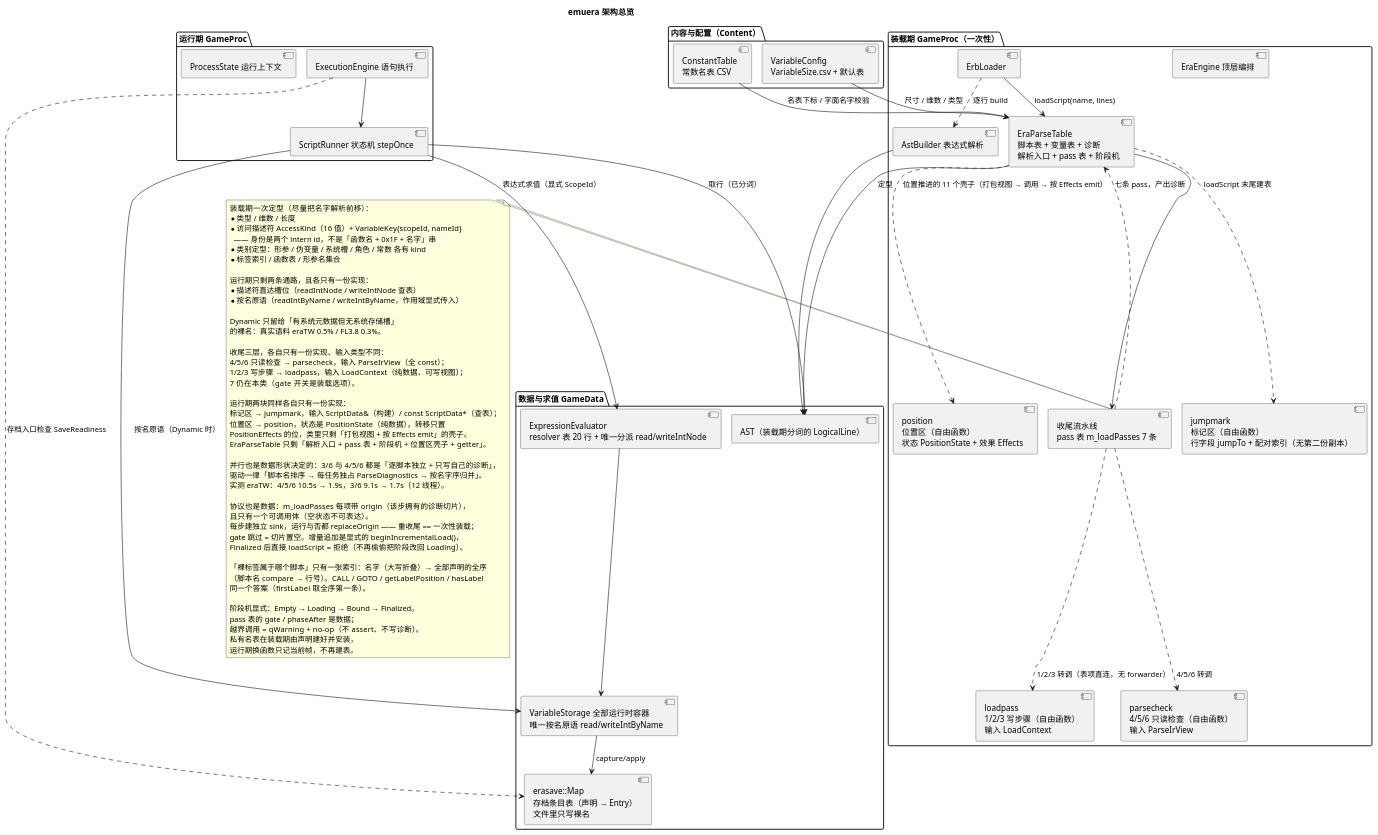
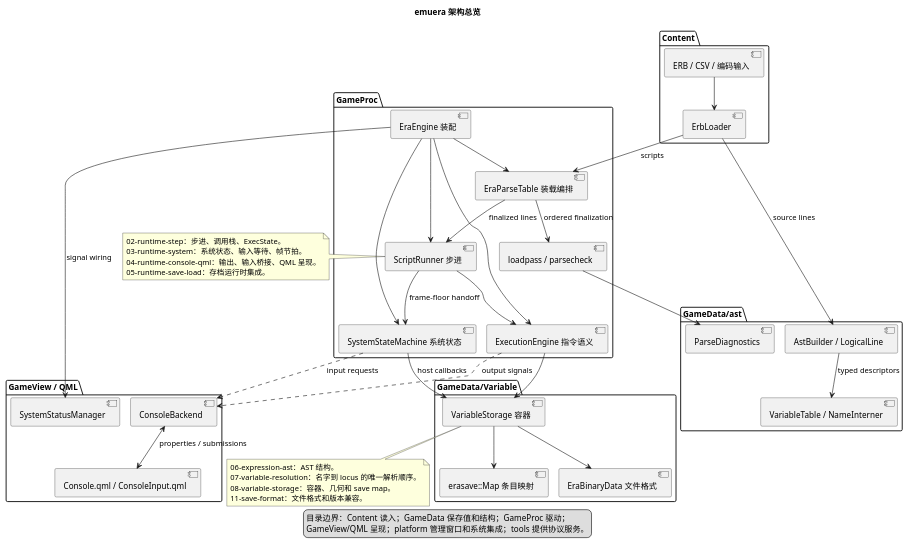
Before and after one commit to yigekuyou/qt-eraemu: the diagram in docs/uml/00-overview.puml, drawn with PlantUML. The commit also changed 25 other files, not shown here.

Commit message:
runtime: wire line state and split UML

```diff
--- a/docs/uml/00-overview.puml
+++ b/docs/uml/00-overview.puml
@@ -1,104 +1,78 @@
 @startuml 00-overview
-' 无 graphviz(dot) 时用 PlantUML 内置 smetana 布局引擎（有 dot 可删掉这两行）
 !pragma layout smetana
-' emuera —— 架构总览：装载期一次定型，运行期只做存取
-' 渲染：plantuml -tpng docs/uml/00-overview.puml
+' 只描述模块边界和依赖方向；每个运行期责任有自己的图。
 title emuera 架构总览
 
-package "装载期 GameProc（一次性）" {
-  [EraEngine 顶层编排] as Engine
+package "Content" {
+  [ERB / CSV / 编码输入] as ContentInput
   [ErbLoader] as Loader
-  [AstBuilder 表达式解析] as Builder
-  [EraParseTable\n脚本表 + 变量表 + 诊断\n解析入口 + pass 表 + 阶段机] as Table
-  [收尾流水线\npass 表 m_loadPasses 7 条] as Finish
-  [parsecheck\n4/5/6 只读检查（自由函数）\n输入 ParseIrView] as Checks
-  [loadpass\n1/2/3 写步骤（自由函数）\n输入 LoadContext] as Writes
-  [jumpmark\n标记区（自由函数）\n行字段 jumpTo + 配对索引（无第二份副本）] as Mark
-  [position\n位置区（自由函数）\n状态 PositionState + 效果 Effects] as Pos
 }
 
-package "内容与配置（Content）" {
-  [ConstantTable\n常数名表 CSV] as Consts
-  [VariableConfig\nVariableSize.csv + 默认表] as Config
+package "GameData/ast" {
+  [AstBuilder / LogicalLine] as AST
+  [ParseDiagnostics] as Diagnostics
+  [VariableTable / NameInterner] as Declarations
 }
 
-package "运行期 GameProc" {
-  [ExecutionEngine 语句执行] as Exec
-  [ScriptRunner 状态机 stepOnce] as Runner
-  [ProcessState 运行上下文] as State
+package "GameProc" {
+  [EraEngine 装配] as Engine
+  [EraParseTable 装载编排] as Table
+  [loadpass / parsecheck] as Passes
+  [ScriptRunner 步进] as Runner
+  [SystemStateMachine 系统状态] as System
+  [ExecutionEngine 指令语义] as Execution
 }
 
-package "数据与求值 GameData" {
-  [AST（装载期分词的 LogicalLine）] as AST
-  [VariableStorage 全部运行时容器\n唯一按名原语 read/writeIntByName] as Storage
-  [ExpressionEvaluator\nresolver 表 20 行 + 唯一分派 read/writeIntNode] as Eval
-  [erasave::Map\n存档条目表（声明 → Entry）\n文件里只写裸名] as Save
+package "GameData/Variable" {
+  [VariableStorage 容器] as Storage
+  [erasave::Map 条目映射] as SaveMap
+  [EraBinaryData 文件格式] as Binary
 }
 
-Loader ..> Builder : 逐行 build
-Loader --> Table : loadScript(name, lines)
-Builder --> AST
-Finish ..> Table : 七条 pass，产出诊断
-Table --> Finish
-Finish ..> Checks : 4/5/6 转调
-Finish ..> Writes : 1/2/3 转调（表项直连，无 forwarder）
-Table ..> Mark : loadScript 末尾建表
-Table ..> Pos : 位置推进的 11 个壳子（打包视图 → 调用 → 按 Effects emit）
-Consts --> Table : 名表下标 / 字面名字校验
-Config --> Table : 尺寸 / 维数 / 类型
-Exec --> Runner
-Runner --> AST : 取行（已分词）
-Runner --> Storage : 按名原语（Dynamic 时）
-Runner --> Eval : 表达式求值（显式 ScopeId）
-Eval --> Storage
-Storage --> Save : capture/apply
-Exec ..> Save : 存档入口检查 SaveReadiness
-Table --> AST : 定型
+package "GameView / QML" {
+  [ConsoleBackend] as Console
+  [SystemStatusManager] as Status
+  [Console.qml / ConsoleInput.qml] as Qml
+}
 
-note right of Finish
-  装载期一次定型（尽量把名字解析前移）：
-  * 类型 / 维数 / 长度
-  * 访问描述符 AccessKind（16 值）+ VariableKey{scopeId, nameId}
-    —— 身份是两个 intern id，不是「函数名 + 0x1F + 名字」串
-  * 类别定型：形参 / 伪变量 / 系统槽 / 角色 / 常数 各有 kind
-  * 标签索引 / 函数表 / 形参名集合
+ContentInput --> Loader
+Loader --> AST : source lines
+Loader --> Table : scripts
+AST --> Declarations : typed descriptors
+Table --> Passes : ordered finalization
+Passes --> Diagnostics
+Table --> Runner : finalized lines
+Engine --> Table
+Engine --> Execution
+Engine --> Runner
+Engine --> System
+Runner --> Execution
+Runner --> System : frame-floor handoff
+Execution --> Storage
+System --> Storage : host callbacks
+Storage --> SaveMap
+Storage --> Binary
+Execution ..> Console : output signals
+System ..> Console : input requests
+Console <--> Qml : properties / submissions
+Engine --> Status : signal wiring
 
-  运行期只剩两条通路，且各只有一份实现：
-  * 描述符直达槽位（readIntNode / writeIntNode 查表）
-  * 按名原语（readIntByName / writeIntByName，作用域显式传入）
+note right of Runner
+  02-runtime-step：步进、调用栈、ExecState。
+  03-runtime-system：系统状态、输入等待、帧节拍。
+  04-runtime-console-qml：输出、输入桥接、QML 呈现。
+  05-runtime-save-load：存档运行时集成。
+end note
 
-  Dynamic 只留给「有系统元数据但无系统存储槽」
-  的裸名：真实语料 eraTW 0.5% / FL3.8 0.3%。
+note bottom of Storage
+  06-expression-ast：AST 结构。
+  07-variable-resolution：名字到 locus 的唯一解析顺序。
+  08-variable-storage：容器、几何和 save map。
+  11-save-format：文件格式和版本兼容。
+end note
 
-  收尾三层，各自只有一份实现、输入类型不同：
-  4/5/6 只读检查 → parsecheck，输入 ParseIrView（全 const）；
-  1/2/3 写步骤 → loadpass，输入 LoadContext（纯数据、可写视图）；
-  7 仍在本类（gate 开关是装载选项）。
-
-  运行期两块同样各自只有一份实现：
-  标记区 → jumpmark，输入 ScriptData&（构建）/ const ScriptData*（查表）；
-  位置区 → position，状态是 PositionState（纯数据），转移只置
-  PositionEffects 的位，类里只剩「打包视图 + 按 Effects emit」的壳子。
-  EraParseTable 只剩「解析入口 + pass 表 + 阶段机 + 位置区壳子 + getter」。
-
-  并行也是数据形状决定的：3/6 与 4/5/6 都是「逐脚本独立 + 只写自己的诊断」，
-  驱动一律「脚本名排序 → 每任务独占 ParseDiagnostics → 按名字序归并」。
-  实测 eraTW：4/5/6 10.5s → 1.9s，3/6 9.1s → 1.7s（12 线程）。
-
-  协议也是数据：m_loadPasses 每项带 origin（该步拥有的诊断切片），
-  且只有一个可调用体（空状态不可表达）。
-  每步建独立 sink，运行与否都 replaceOrigin —— 重收尾 == 一次性装载；
-  gate 跳过 = 切片置空。增量追加是显式的 beginIncrementalLoad()，
-  Finalized 后直接 loadScript = 拒绝（不再偷偷把阶段改回 Loading）。
-
-  「裸标签属于哪个脚本」只有一张索引：名字（大写折叠）→ 全部声明的全序
-  （脚本名 compare → 行号）。CALL / GOTO / getLabelPosition / hasLabel
-  同一个答案（firstLabel 取全序第一条）。
-
-  阶段机显式：Empty → Loading → Bound → Finalized。
-  pass 表的 gate / phaseAfter 是数据；
-  越界调用 = qWarning + no-op（不 assert、不写诊断）。
-  私有名表在装载期由声明建好并安装，
-  运行期换函数只记当前帧，不再建表。
-end note
+legend bottom
+  目录边界：Content 读入；GameData 保存值和结构；GameProc 驱动；
+  GameView/QML 呈现；platform 管理窗口和系统集成；tools 提供协议服务。
+endlegend
 @enduml
```
